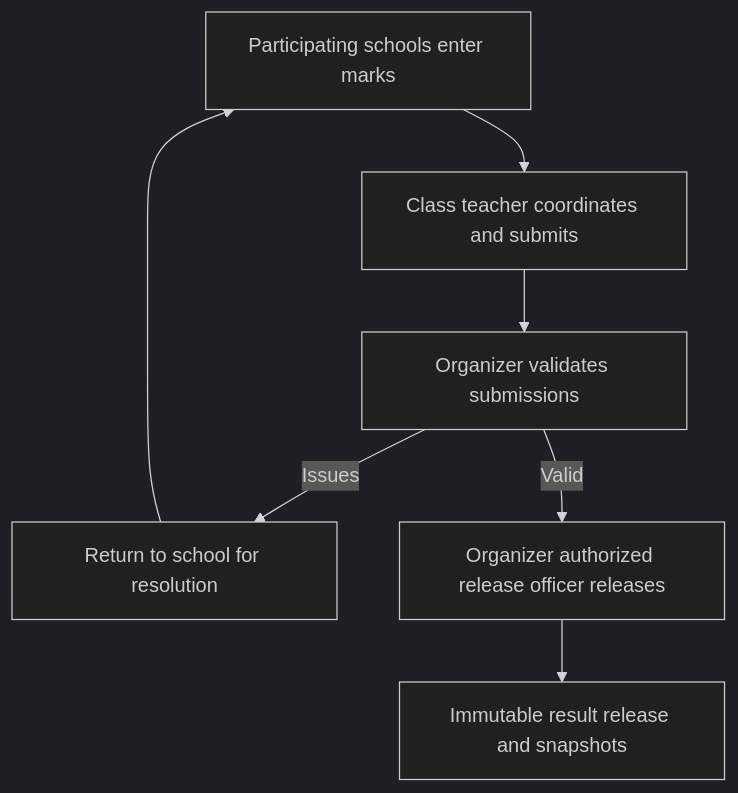
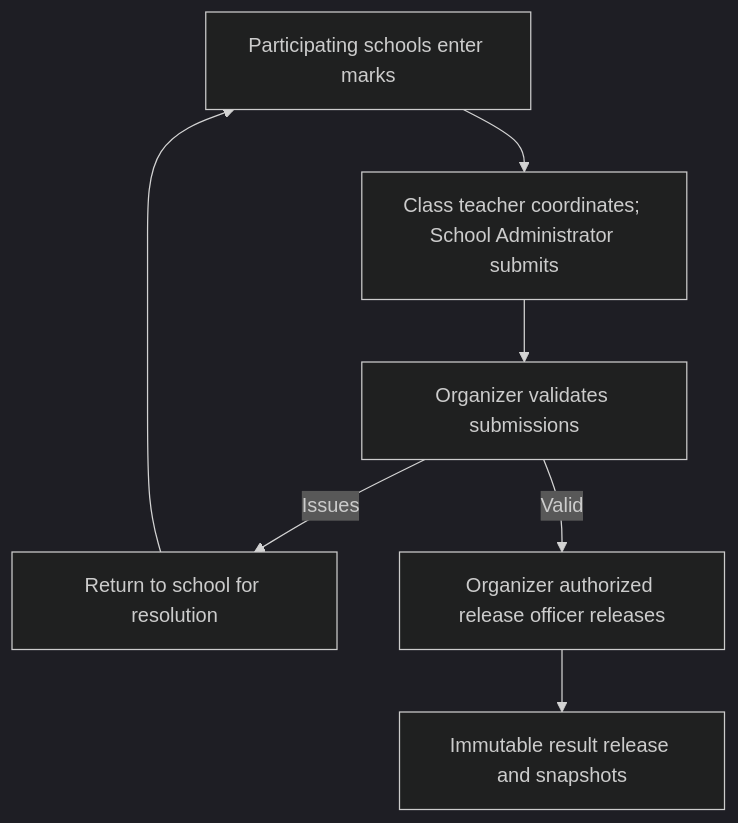
One commit to poptramark-eng/sentinel changed the fifth of 5 diagrams in docs/domain/workflow-state-machines.md. Above: the diagram before and after it, drawn with Mermaid (dark theme). The commit also changed other lines of this file, not shown here.

Commit message:
docs(workflow): align school submission authority with decisions

```diff
--- a/docs/domain/workflow-state-machines.md
+++ b/docs/domain/workflow-state-machines.md
@@ -94,9 +94,9 @@
 ~~~mermaid
 flowchart TD
-  A[Participating schools enter marks] --> B[Class teacher coordinates and submits]
+  A[Participating schools enter marks] --> B[Class teacher coordinates; School Administrator submits]
   B --> C[Organizer validates submissions]
   C -->|Issues| D[Return to school for resolution]
   D --> A
   C -->|Valid| E[Organizer authorized release officer releases]
   E --> F[Immutable result release and snapshots]
 ~~~
```
